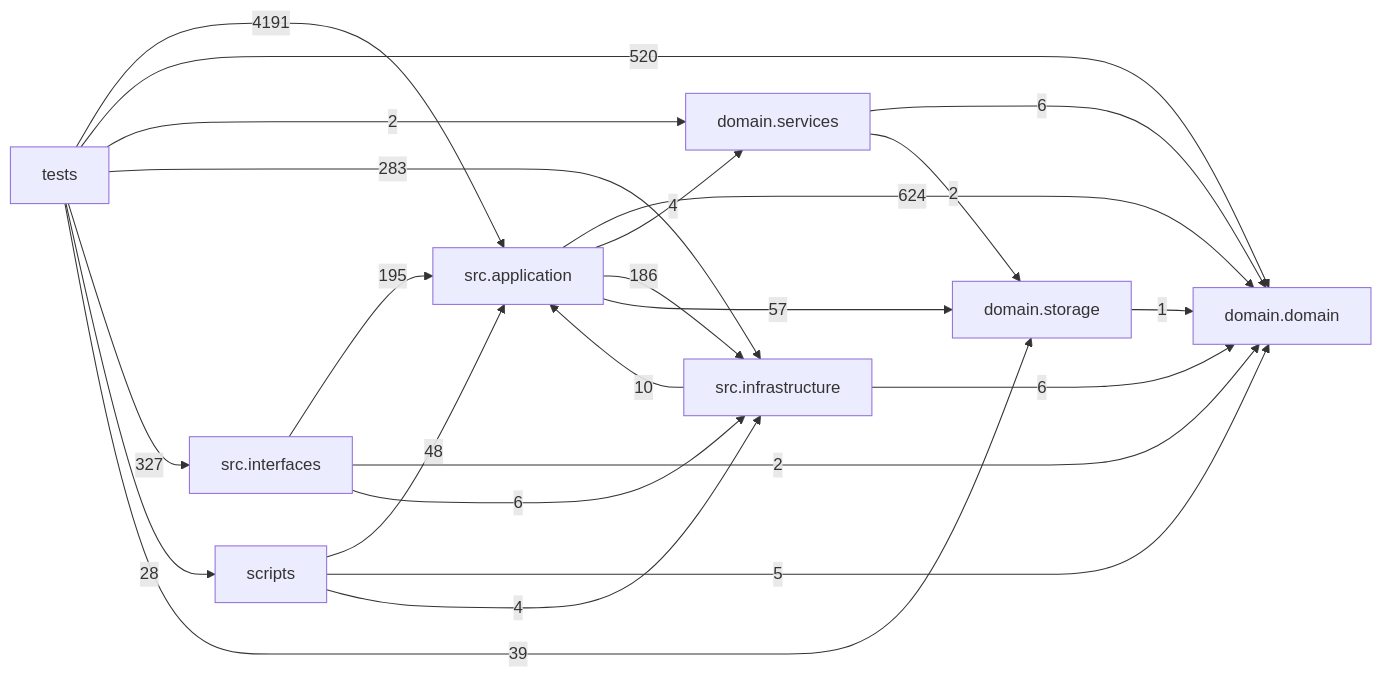
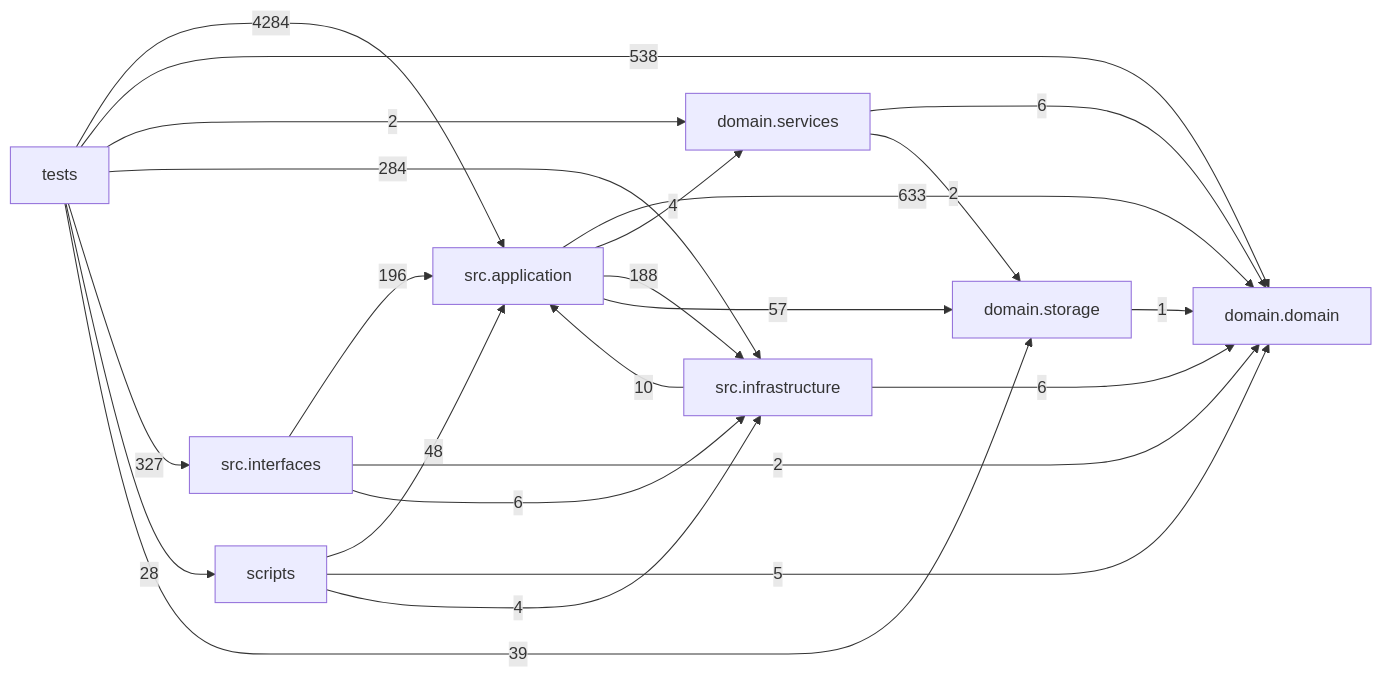
The diagram in docs/DEPENDENCY_GRAPH.md (liuxie066/options-monitor), drawn with Mermaid before and after one commit. The commit also changed other lines of this file and 64 other files, not shown here.

````diff
--- a/docs/DEPENDENCY_GRAPH.md
+++ b/docs/DEPENDENCY_GRAPH.md
@@ -24,33 +24,33 @@
 ```mermaid
 flowchart LR
   tests["tests"]
   scripts["scripts"]
   interfaces["src.interfaces"]
   application["src.application"]
   infrastructure["src.infrastructure"]
   domain_services["domain.services"]
   domain["domain.domain"]
   storage["domain.storage"]
-  application -->|624| domain
+  application -->|633| domain
   application -->|4| domain_services
-  application -->|186| infrastructure
+  application -->|188| infrastructure
   application -->|57| storage
   domain_services -->|6| domain
   domain_services -->|2| storage
   infrastructure -->|10| application
   infrastructure -->|6| domain
-  interfaces -->|195| application
+  interfaces -->|196| application
   interfaces -->|2| domain
   interfaces -->|6| infrastructure
   scripts -->|48| application
   scripts -->|5| domain
   scripts -->|4| infrastructure
   storage -->|1| domain
-  tests -->|4191| application
-  tests -->|520| domain
+  tests -->|4284| application
+  tests -->|538| domain
   tests -->|2| domain_services
-  tests -->|283| infrastructure
+  tests -->|284| infrastructure
   tests -->|327| interfaces
   tests -->|28| scripts
   tests -->|39| storage
 ```
````
